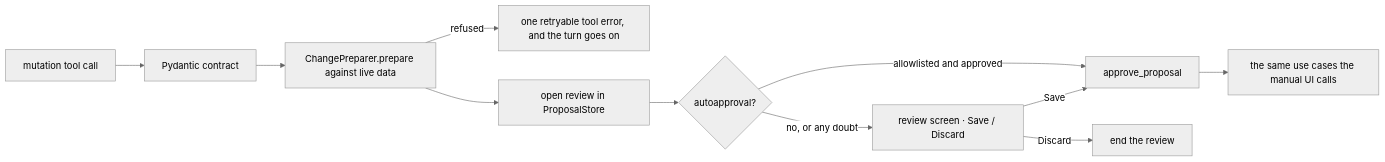
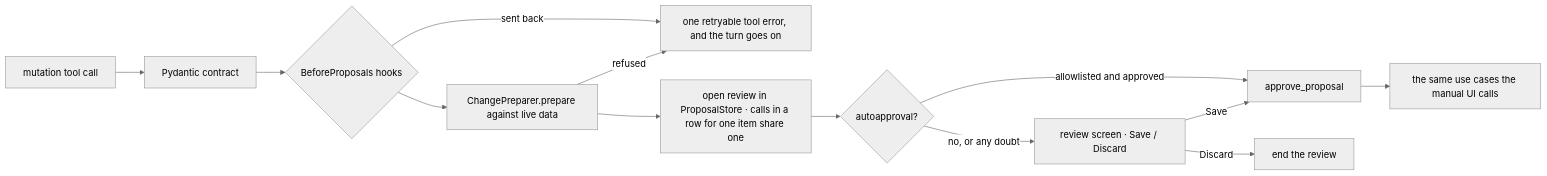
The eighth of 13 diagrams in docs/AGENT_ARCH.md (myvaheed/tg-ai-safwa), drawn with Mermaid (neutral theme) before and after one commit. The commit also changed other lines of this file and 42 other files, not shown here.

Commit message:
v9.78 the checks on the model's work are hooks — the plan before changes and the review of a request, each on or off in the feature toggles — and the calls of one response in a row for one item are one proposal: one screen, one Save, one autoapproval review

````diff
--- a/docs/AGENT_ARCH.md
+++ b/docs/AGENT_ARCH.md
@@ -387,13 +390,15 @@
 ```mermaid
 flowchart LR
     T[mutation tool call] --> C[Pydantic contract]
-    C --> P[ChangePreparer.prepare against live data]
-    P -->|refused| ERR[one retryable tool error, and the turn goes on]
-    P --> R[open review in ProposalStore]
+    C --> BP{BeforeProposals hooks}
+    BP -->|sent back| ERR[one retryable tool error, and the turn goes on]
+    BP --> P[ChangePreparer.prepare against live data]
+    P -->|refused| ERR
+    P --> R[open review in ProposalStore · calls in a row for one item share one]
     R --> AUTO{autoapproval?}
     AUTO -->|allowlisted and approved| APPLY
     AUTO -->|no, or any doubt| SCREEN[review screen · Save / Discard]
     SCREEN -->|Save| APPLY[approve_proposal]
     SCREEN -->|Discard| REJ[end the review]
     APPLY --> DOM[the same use cases the manual UI calls]
 ```
````
